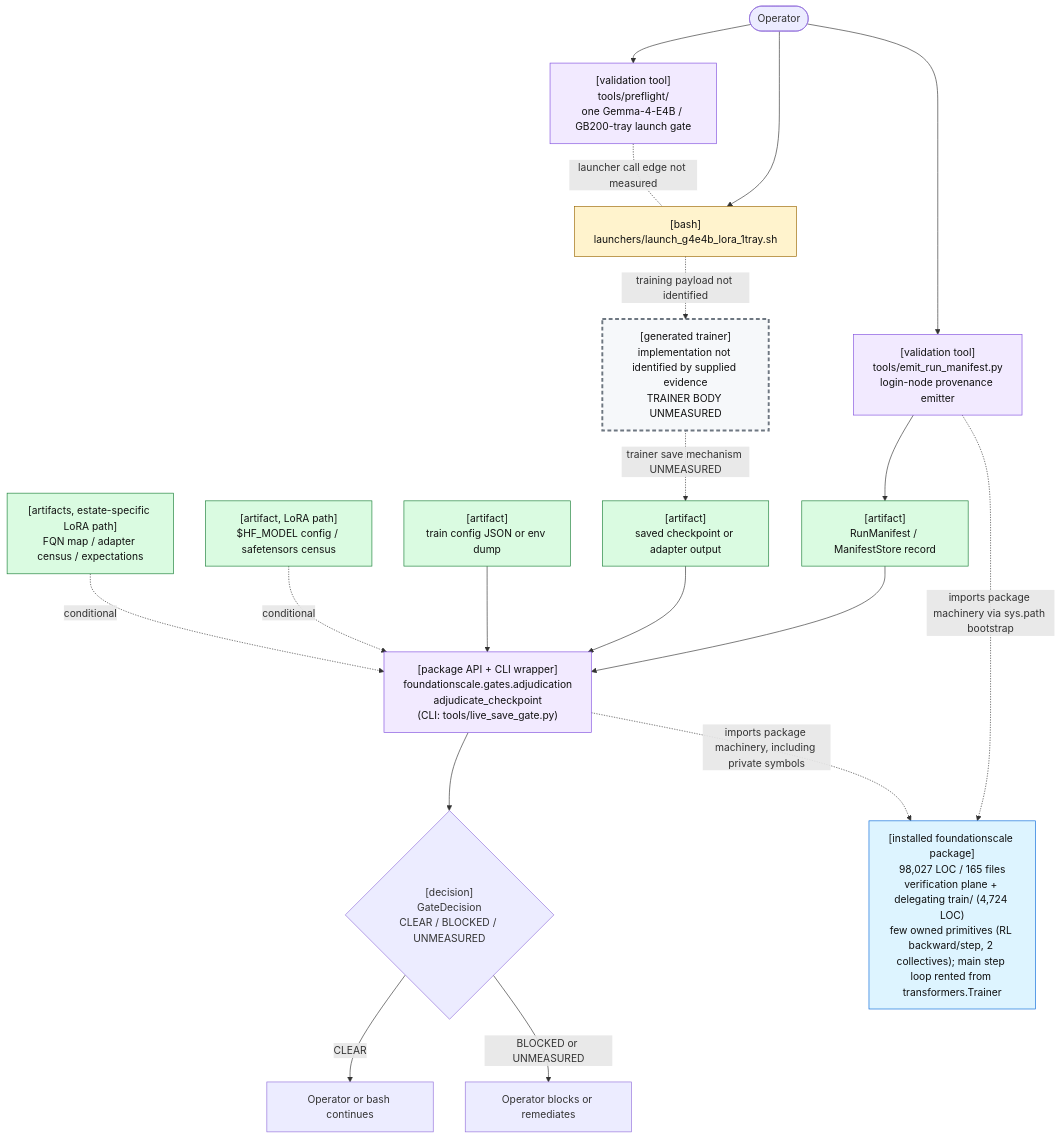
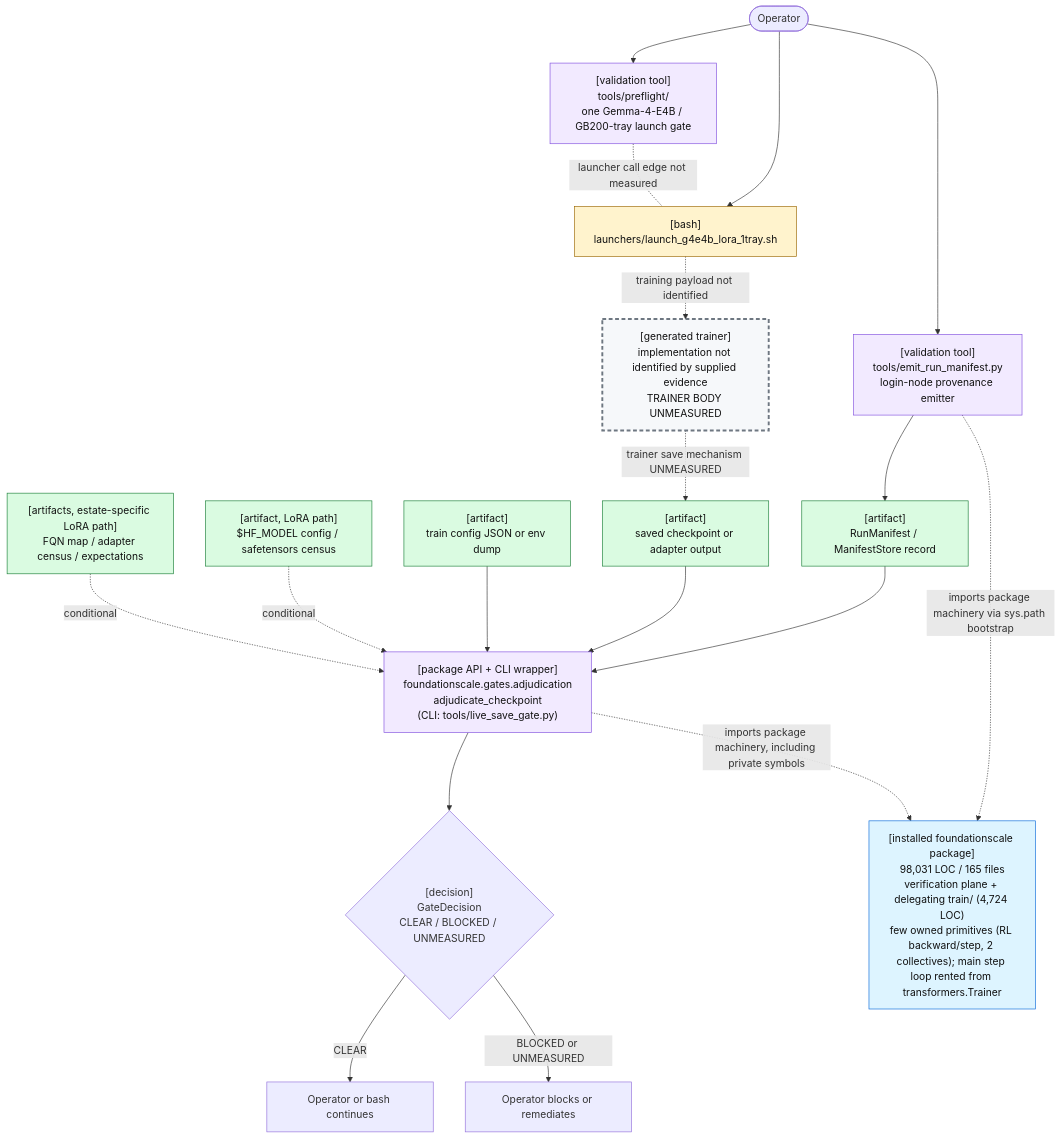
One commit to TranNhiem/FoundationScale changed the first of 2 diagrams in docs/review/D2_current_architecture.md. Above: the diagram before and after it, drawn with Mermaid. The commit also changed other lines of this file and 10 other files, not shown here.

````diff
--- a/docs/review/D2_current_architecture.md
+++ b/docs/review/D2_current_architecture.md
@@ -25,59 +25,59 @@
 ```mermaid
 flowchart TB
   O(["Operator"])
 
   PF["[validation tool]<br/>tools/preflight/<br/>one Gemma-4-E4B / GB200-tray launch gate"]
   L["[bash]<br/>launchers/launch_g4e4b_lora_1tray.sh"]
 
   E["[validation tool]<br/>tools/emit_run_manifest.py<br/>login-node provenance emitter"]
   M["[artifact]<br/>RunManifest / ManifestStore record"]
 
   T["[generated trainer]<br/>implementation not identified by supplied evidence<br/>TRAINER BODY UNMEASURED"]
   C["[artifact]<br/>saved checkpoint or adapter output"]
 
   G["[package API + CLI wrapper]<br/>foundationscale.gates.adjudication<br/>adjudicate_checkpoint<br/>(CLI: tools/live_save_gate.py)"]
   CFG["[artifact]<br/>train config JSON or env dump"]
   BASE["[artifact, LoRA path]<br/>$HF_MODEL config / safetensors census"]
   CEN["[artifacts, estate-specific LoRA path]<br/>FQN map / adapter census / expectations"]
 
   D{"[decision]<br/>GateDecision<br/>CLEAR / BLOCKED / UNMEASURED"}
   OK["Operator or bash continues"]
   NO["Operator blocks or remediates"]
 
-  PKG["[installed foundationscale package]<br/>98,027 LOC / 165 files<br/>verification plane + delegating train/ (4,724 LOC)<br/>few owned primitives (RL backward/step, 2 collectives); main step loop rented from transformers.Trainer"]
+  PKG["[installed foundationscale package]<br/>98,031 LOC / 165 files<br/>verification plane + delegating train/ (4,724 LOC)<br/>few owned primitives (RL backward/step, 2 collectives); main step loop rented from transformers.Trainer"]
 
   O --> PF
   O --> L
   PF -. "launcher call edge not measured" .- L
 
   O --> E
   E --> M
 
   L -. "training payload not identified" .-> T
   T -. "trainer save mechanism UNMEASURED" .-> C
 
   M --> G
   C --> G
   CFG --> G
   BASE -. "conditional" .-> G
   CEN -. "conditional" .-> G
 
   E -. "imports package machinery via sys.path bootstrap" .-> PKG
   G -. "imports package machinery, including private symbols" .-> PKG
 
   G --> D
   D -->|"CLEAR"| OK
   D -->|"BLOCKED or UNMEASURED"| NO
 
   classDef bash fill:#fff3cd,stroke:#9a6700,color:#111;
   classDef tool fill:#f2eaff,stroke:#8250df,color:#111;
   classDef artifact fill:#dafbe1,stroke:#1a7f37,color:#111;
   classDef gap fill:#f6f8fa,stroke:#6e7781,stroke-width:3px,stroke-dasharray: 6 4,color:#111;
   classDef pkg fill:#ddf4ff,stroke:#0969da,color:#111;
 
   class L bash;
   class PF,E,G tool;
   class M,C,CFG,BASE,CEN artifact;
   class T gap;
   class PKG pkg;
 ```
````
